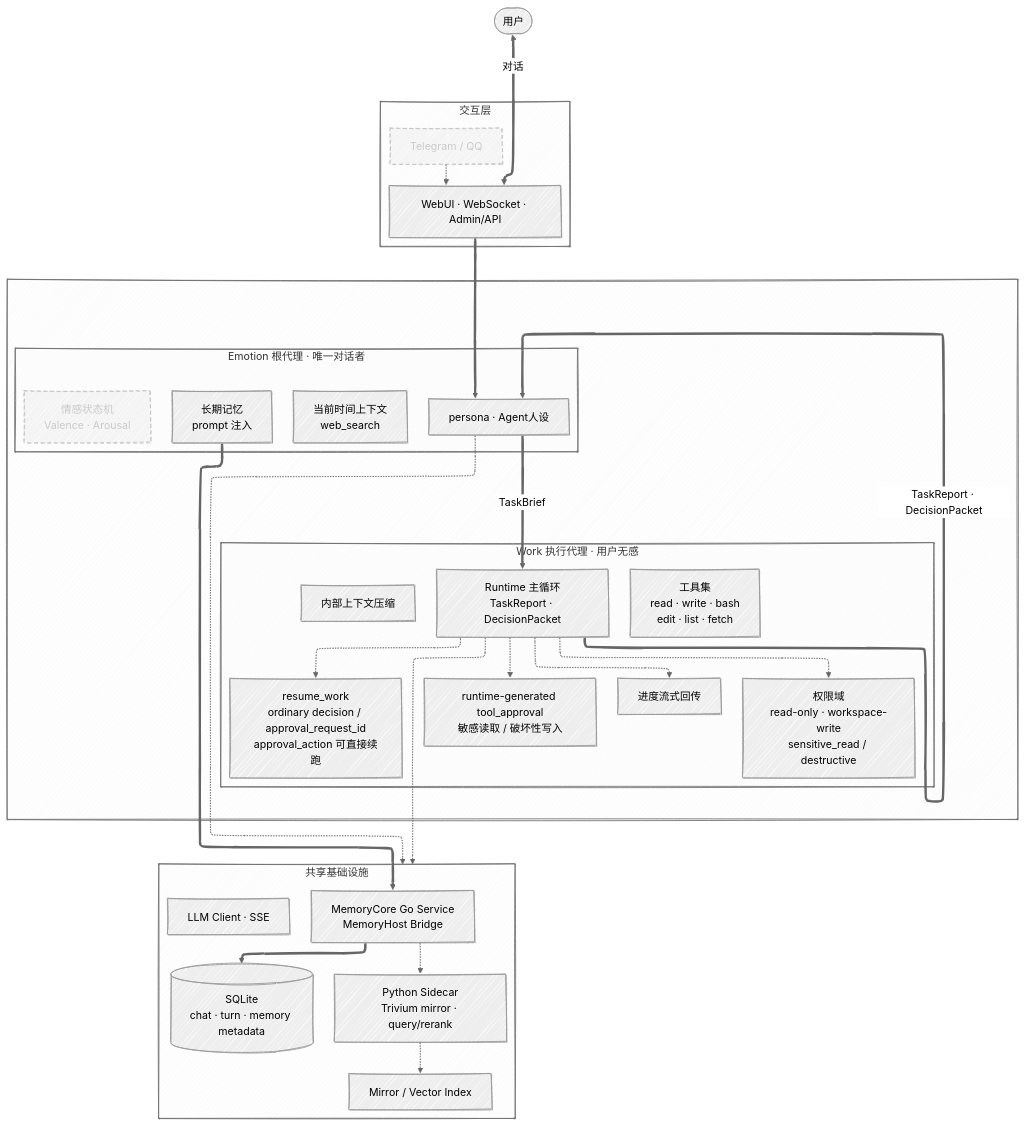
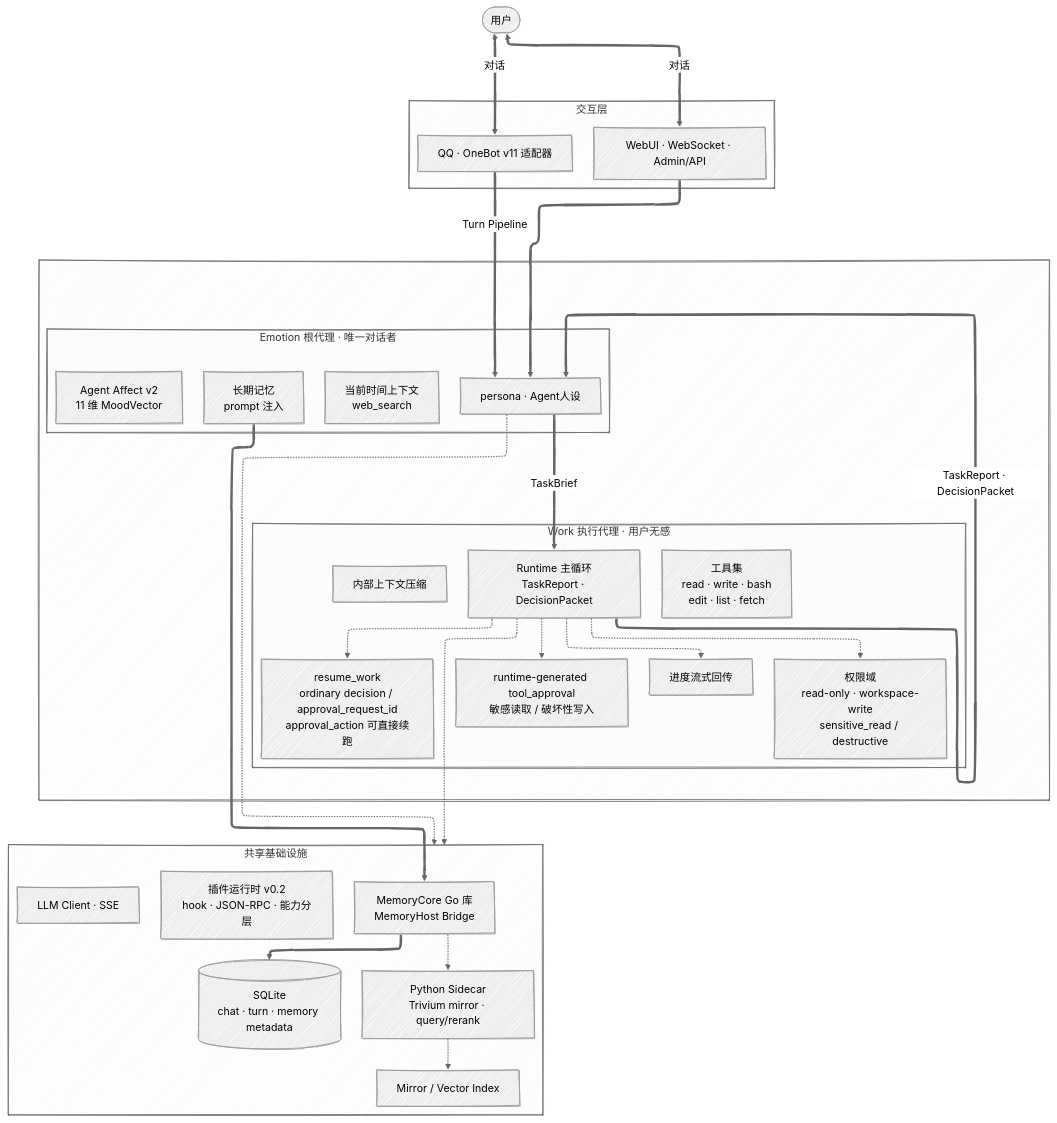
Before and after one commit to LongYiSang/EmoAgent: the first of 2 diagrams in README.md, drawn with Mermaid. The commit also changed other lines of this file and 1 other file, not shown here.

````diff
--- a/README.md
+++ b/README.md
@@ -21,69 +21,68 @@
 ```mermaid
 ---
 config:
   look: handDrawn
   layout: elk
   theme: neutral
 ---
 flowchart TB
   User(["用户"])
 
   subgraph L4["交互层"]
     direction LR
     WebUI["WebUI · WebSocket · Admin/API"]
-    TG["Telegram / QQ"]
+    QQ["QQ · OneBot v11 适配器"]
   end
 
   subgraph Cores[" "]
     direction LR
 
     subgraph E[" Emotion 根代理 · 唯一对话者"]
       direction TB
       E_core[" persona · Agent人设"]
       E_tool["当前时间上下文<br/>web_search"]
       E_mem["长期记忆<br/>prompt 注入"]
-      E_emo["情感状态机<br/>Valence · Arousal"]
+      E_emo["Agent Affect v2<br/>11 维 MoodVector"]
     end
 
     subgraph W["Work 执行代理 · 用户无感"]
       direction TB
       W_core["Runtime 主循环<br/>TaskReport · DecisionPacket"]
       W_tool["工具集<br/>read · write · bash<br/>edit · list · fetch"]
       W_perm["权限域<br/>read-only · workspace-write<br/>sensitive_read / destructive"]
       W_approval["runtime-generated tool_approval<br/>敏感读取 / 破坏性写入"]
       W_resume["resume_work<br/>ordinary decision / approval_request_id<br/>approval_action 可直接续跑"]
       W_stream["进度流式回传"]
       W_cmp["内部上下文压缩"]
   end
   end
 
   subgraph L0["共享基础设施"]
     direction LR
     LLM["LLM Client · SSE"]
     DB[("SQLite<br/>chat · turn · memory metadata")]
-    MC["MemoryCore Go Service<br/>MemoryHost Bridge"]
+    MC["MemoryCore Go 库<br/>MemoryHost Bridge"]
     VS["Mirror / Vector Index"]
     PY["Python Sidecar<br/>Trivium mirror · query/rerank"]
+    PLG["插件运行时 v0.2<br/>hook · JSON-RPC · 能力分层"]
   end
 
   User <==>|对话| WebUI
-  TG -.-> WebUI
+  User <==>|对话| QQ
 
   WebUI ==> E_core
+  QQ ==>|Turn Pipeline| E_core
   E_core ==>|TaskBrief| W_core
   W_core ==>|TaskReport · DecisionPacket| E_core
   W_core -.-> W_perm
   W_core -.-> W_approval
   W_core -.-> W_resume
   W_core -.-> W_stream
 
   E_core -.-> L0
   W_core -.-> L0
   E_mem ==> MC
   MC ==> DB
   MC -.-> PY
   PY -.-> VS
-
-  classDef planned stroke-dasharray: 6 4,opacity:0.55,color:#666
-  class TG,E_emo planned
 ```
````
